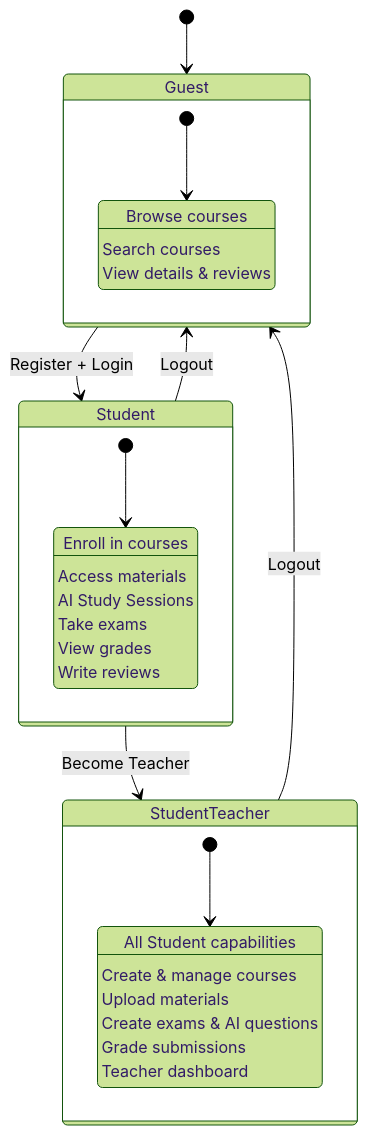
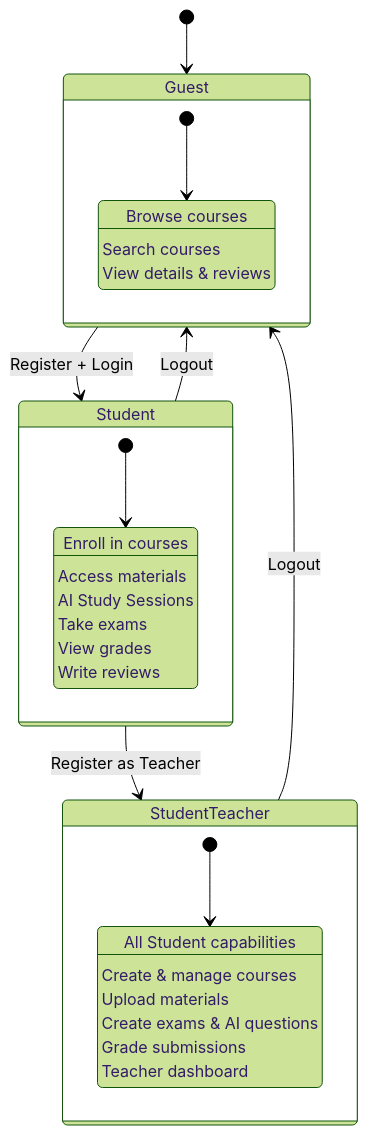
Diagram 36 of 44 in docs/USER_JOURNEY.md (ahmedashraf0001/AI-Powered-Educational-Platform), drawn with Mermaid (forest theme) before and after one commit. The commit also changed other lines of this file and 58 other files, not shown here.

````diff
--- a/docs/USER_JOURNEY.md
+++ b/docs/USER_JOURNEY.md
@@ -1381,35 +1431,35 @@
 ```mermaid
 stateDiagram-v2
     [*] --> Guest
     Guest --> Student : Register + Login
     Student --> Guest : Logout
-    Student --> StudentTeacher : Become Teacher
+    Student --> StudentTeacher : Register as Teacher
     StudentTeacher --> Guest : Logout
 
     state Guest {
         [*] --> Browsing
         Browsing : Browse courses
         Browsing : Search courses
         Browsing : View details & reviews
     }
 
     state Student {
         [*] --> Learning
         Learning : Enroll in courses
         Learning : Access materials
         Learning : AI Study Sessions
         Learning : Take exams
         Learning : View grades
         Learning : Write reviews
     }
 
     state StudentTeacher {
         [*] --> Teaching
         Teaching : All Student capabilities
         Teaching : Create & manage courses
         Teaching : Upload materials
         Teaching : Create exams & AI questions
         Teaching : Grade submissions
         Teaching : Teacher dashboard
     }
 ```
````
